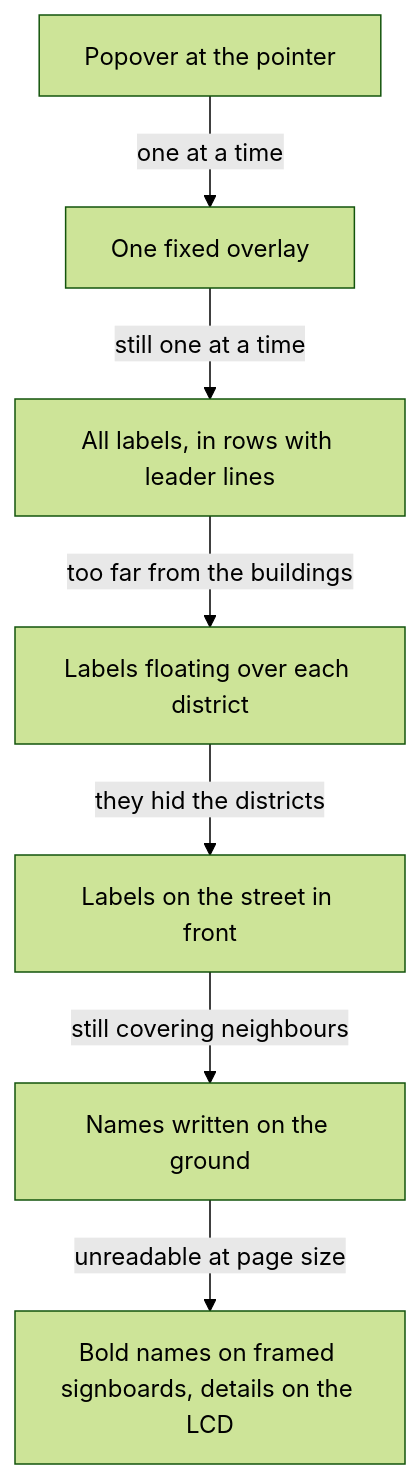
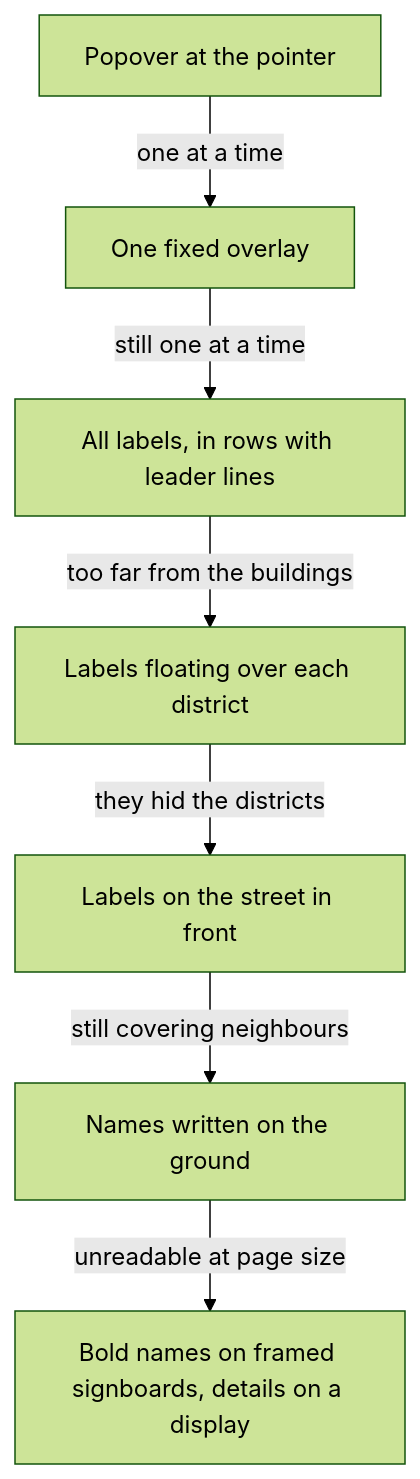
One commit to cnotv/generative-art changed the second of 2 diagrams in documentation/docs/journey/homepage-sleeping-logo-and-skills-city.md. Above: the diagram before and after it, drawn with Mermaid (forest theme). The commit also changed other lines of this file and 12 other files, not shown here.

````diff
--- a/documentation/docs/journey/homepage-sleeping-logo-and-skills-city.md
+++ b/documentation/docs/journey/homepage-sleeping-logo-and-skills-city.md
@@ -140,9 +140,9 @@
 ```mermaid
 flowchart TD
   A[Popover at the pointer] -->|one at a time| B[One fixed overlay]
   B -->|still one at a time| C[All labels, in rows with leader lines]
   C -->|too far from the buildings| D[Labels floating over each district]
   D -->|they hid the districts| E[Labels on the street in front]
   E -->|still covering neighbours| F[Names written on the ground]
-  F -->|unreadable at page size| G[Bold names on framed signboards, details on the LCD]
+  F -->|unreadable at page size| G[Bold names on framed signboards, details on a display]
 ```
````
